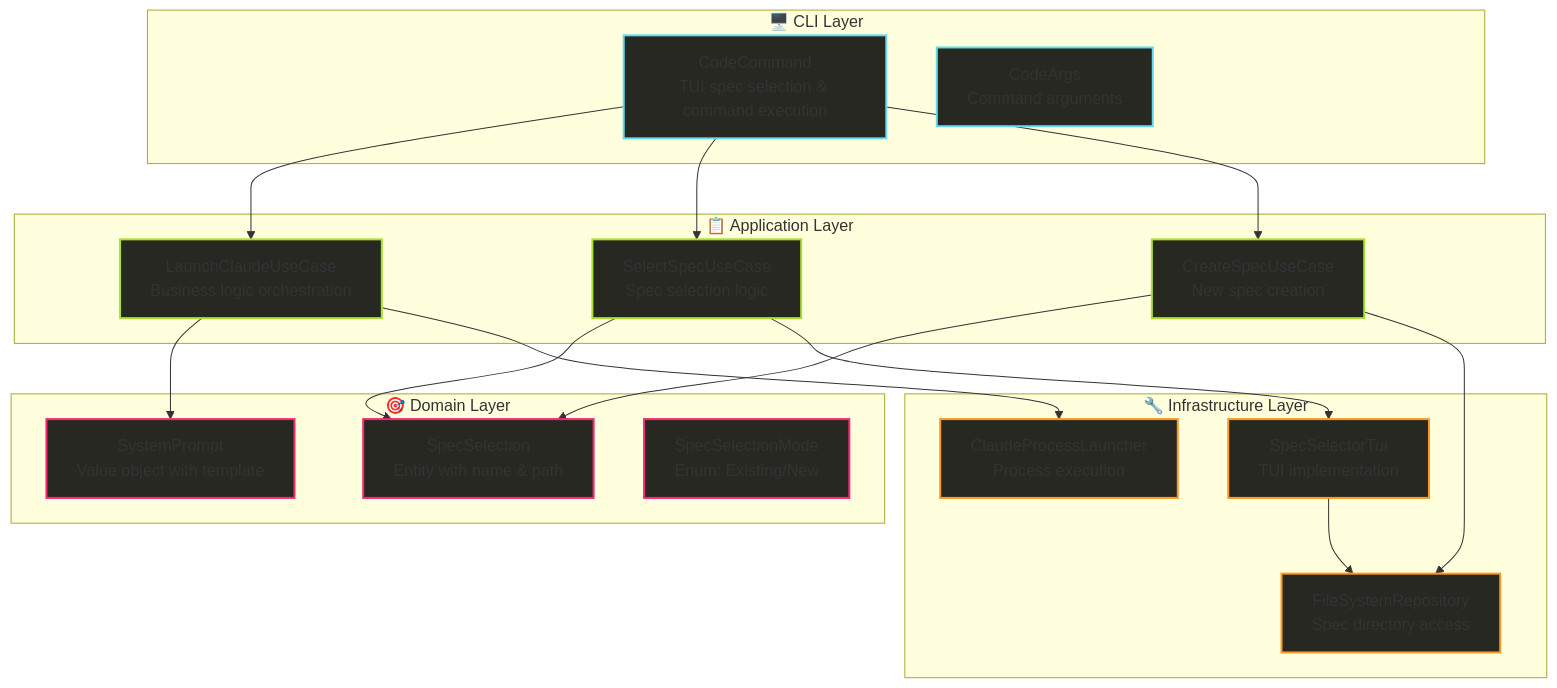
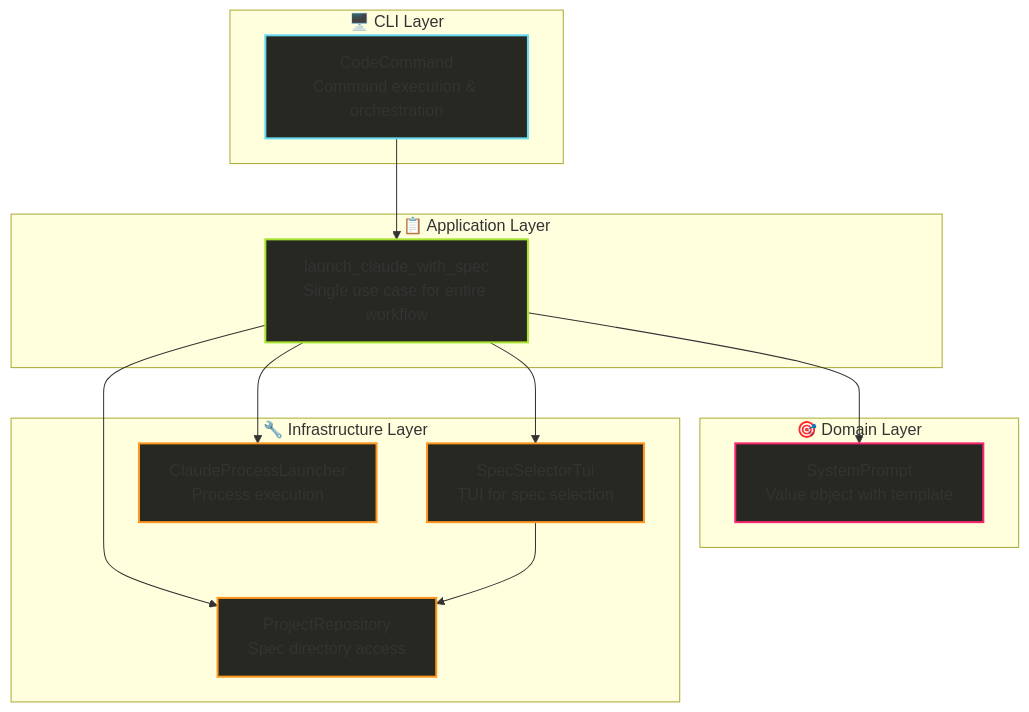
The first of 2 diagrams in .kiro/specs/2025-09-05-code-commands/design.md (ashigirl96/hail-mary), drawn with Mermaid before and after one commit. The commit also changed other lines of this file and 22 other files, not shown here.

First line of the commit message:
feat(code): implement hail-mary code command with TUI spec selection

````diff
--- a/.kiro/specs/2025-09-05-code-commands/design.md
+++ b/.kiro/specs/2025-09-05-code-commands/design.md
@@ -11,60 +11,49 @@
 ```mermaid
 %%{init: {
   'theme': 'dark',
   'themeCSS': '
     .nodeLabel { color: #FD971F !important; }
     .edgeLabel { color: #A6E22E !important; background-color: transparent !important; }
     .cluster rect { fill: #272822 !important; stroke: #F92672 !important; stroke-width: 2px !important; rx: 5px !important; ry: 5px !important; }
     .node rect, .node circle, .node ellipse, .node polygon, .node path { fill: #272822 !important; stroke: #A6E22E !important; stroke-width: 2px !important; }
     .flowchart-link { stroke: #66D9EF !important; stroke-width: 2px !important; }
   '
 }}%%
 
 flowchart TB
     subgraph CLI ["🖥️ CLI Layer"]
-        CodeCmd["CodeCommand<br/>TUI spec selection & command execution"]
-        CodeArgs["CodeArgs<br/>Command arguments"]
+        CodeCmd["CodeCommand<br/>Command execution & orchestration"]
     end
     
     subgraph APP ["📋 Application Layer"]
-        LaunchUC["LaunchClaudeUseCase<br/>Business logic orchestration"]
-        SelectUC["SelectSpecUseCase<br/>Spec selection logic"]
-        CreateUC["CreateSpecUseCase<br/>New spec creation"]
+        LaunchUC["launch_claude_with_spec<br/>Single use case for entire workflow"]
     end
     
     subgraph DOMAIN ["🎯 Domain Layer"]
-        SpecEnt["SpecSelection<br/>Entity with name & path"]
-        PromptEnt["SystemPrompt<br/>Value object with template"]
-        SpecMode["SpecSelectionMode<br/>Enum: Existing/New"]
+        PromptVO["SystemPrompt<br/>Value object with template"]
     end
     
     subgraph INFRA ["🔧 Infrastructure Layer"]
-        TuiSvc["SpecSelectorTui<br/>TUI implementation"]
+        TuiSvc["SpecSelectorTui<br/>TUI for spec selection"]
         ProcLauncher["ClaudeProcessLauncher<br/>Process execution"]
-        FSRepo["FileSystemRepository<br/>Spec directory access"]
+        ProjRepo["ProjectRepository<br/>Spec directory access"]
     end
     
     CodeCmd --> LaunchUC
-    CodeCmd --> SelectUC
-    CodeCmd --> CreateUC
+    LaunchUC --> PromptVO
+    LaunchUC --> TuiSvc
+    LaunchUC --> ProcLauncher
+    LaunchUC --> ProjRepo
     
-    SelectUC --> SpecEnt
-    CreateUC --> SpecEnt
-    LaunchUC --> PromptEnt
-    
-    SelectUC --> TuiSvc
-    CreateUC --> FSRepo
-    LaunchUC --> ProcLauncher
-    
-    TuiSvc --> FSRepo
+    TuiSvc --> ProjRepo
     
     classDef cli fill:#272822,stroke:#66D9EF,stroke-width:2px;
     classDef app fill:#272822,stroke:#A6E22E,stroke-width:2px;
     classDef domain fill:#272822,stroke:#F92672,stroke-width:2px;
     classDef infra fill:#272822,stroke:#FD971F,stroke-width:2px;
     
-    class CodeCmd,CodeArgs cli;
-    class LaunchUC,SelectUC,CreateUC app;
-    class SpecEnt,PromptEnt,SpecMode domain;
-    class TuiSvc,ProcLauncher,FSRepo infra;
+    class CodeCmd cli;
+    class LaunchUC app;
+    class PromptVO domain;
+    class TuiSvc,ProcLauncher,ProjRepo infra;
 ```
````
